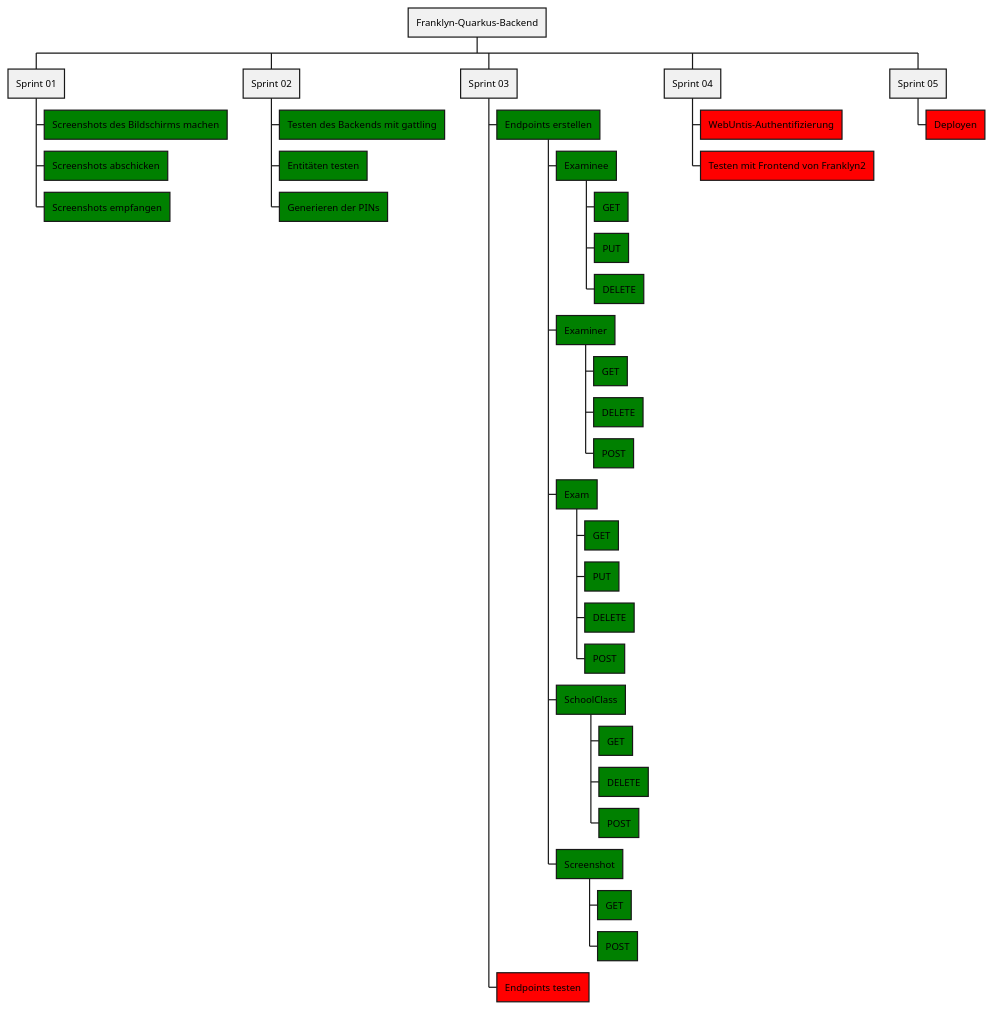
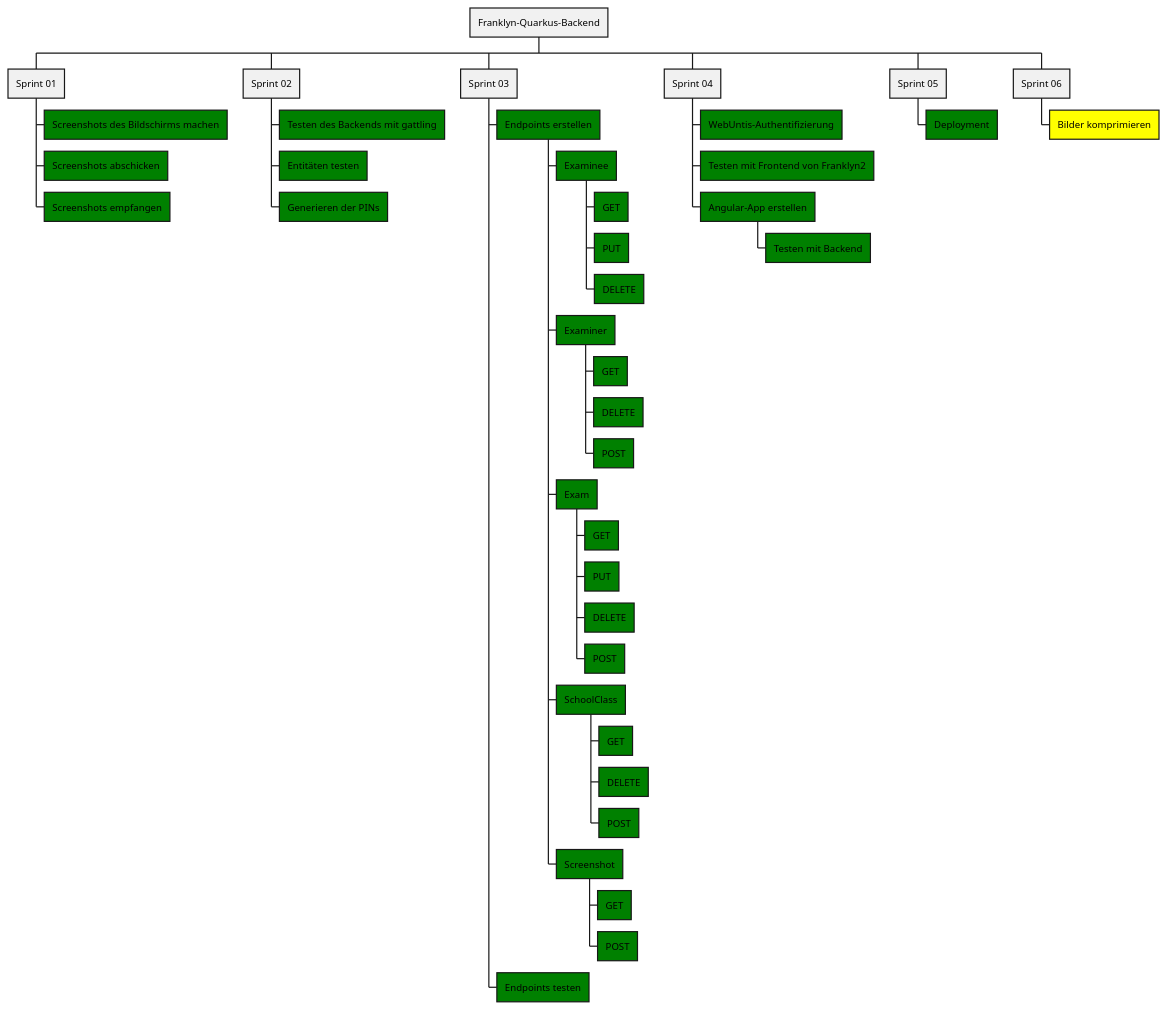
The diagram in docs/asciidocs/plantuml/sachstandsbericht.puml (htl-leonding-project/franklyn-quarkus), drawn with PlantUML before and after one commit. The commit also changed 3 other files, not shown here.

```diff
--- a/docs/asciidocs/plantuml/sachstandsbericht.puml
+++ b/docs/asciidocs/plantuml/sachstandsbericht.puml
@@ -1,39 +1,43 @@
 @startwbs
 * Franklyn-Quarkus-Backend
 ** Sprint 01
 ***[#green] Screenshots des Bildschirms machen
 ***[#green] Screenshots abschicken
 ***[#green] Screenshots empfangen
 ** Sprint 02
 ***[#green] Testen des Backends mit gattling
 ***[#green] Entitäten testen
 ***[#green] Generieren der PINs
 ** Sprint 03
 ***[#green] Endpoints erstellen
 ****[#green] Examinee
 *****[#green] GET
 *****[#green] PUT
 *****[#green] DELETE
 ****[#green] Examiner
 *****[#green] GET
 *****[#green] DELETE
 *****[#green] POST
 ****[#green] Exam
 *****[#green] GET
 *****[#green] PUT
 *****[#green] DELETE
 *****[#green] POST
 ****[#green] SchoolClass
 *****[#green] GET
 *****[#green] DELETE
 *****[#green] POST
 ****[#green] Screenshot
 *****[#green] GET
 *****[#green] POST
-***[#red] Endpoints testen
+***[#green] Endpoints testen
 ** Sprint 04
-***[#red] WebUntis-Authentifizierung
-***[#red] Testen mit Frontend von Franklyn2
+***[#green] WebUntis-Authentifizierung
+***[#green] Testen mit Frontend von Franklyn2
+***[#green] Angular-App erstellen
+****[#green] Testen mit Backend
 ** Sprint 05
-***[#red] Deployen
+***[#green] Deployment
+** Sprint 06
+***[#yellow] Bilder komprimieren
 @endwbs
```
